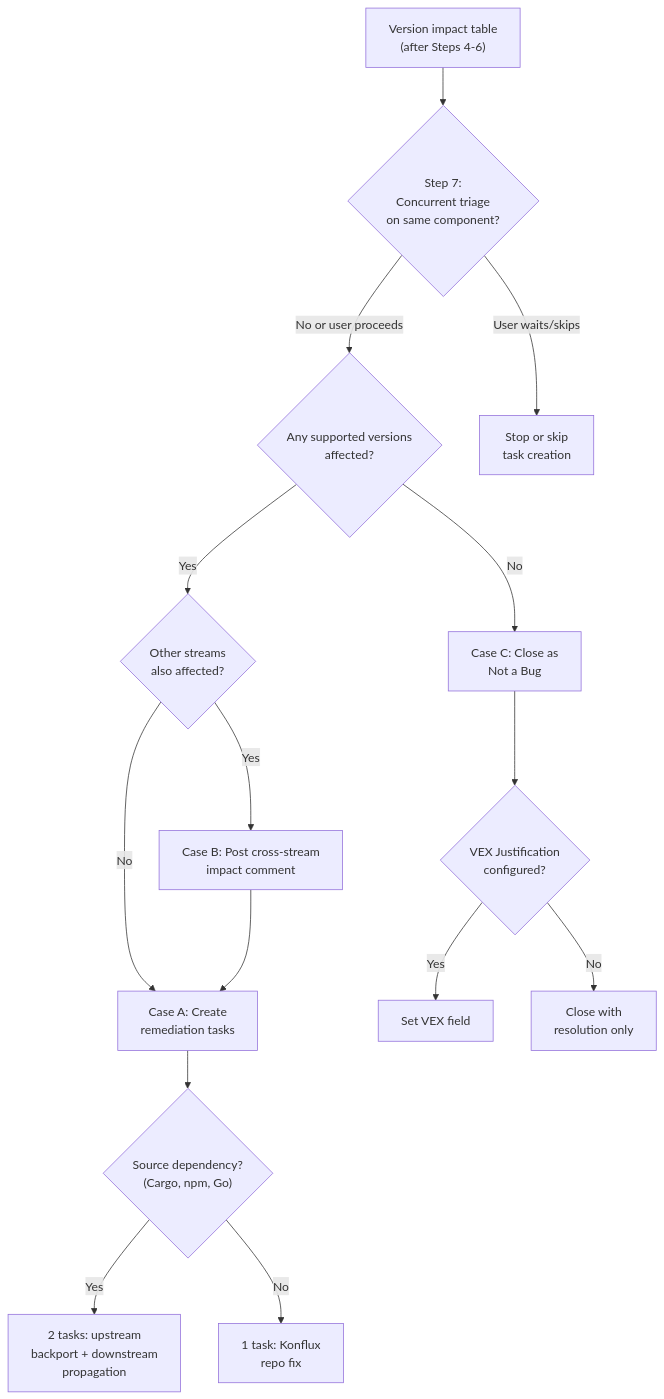
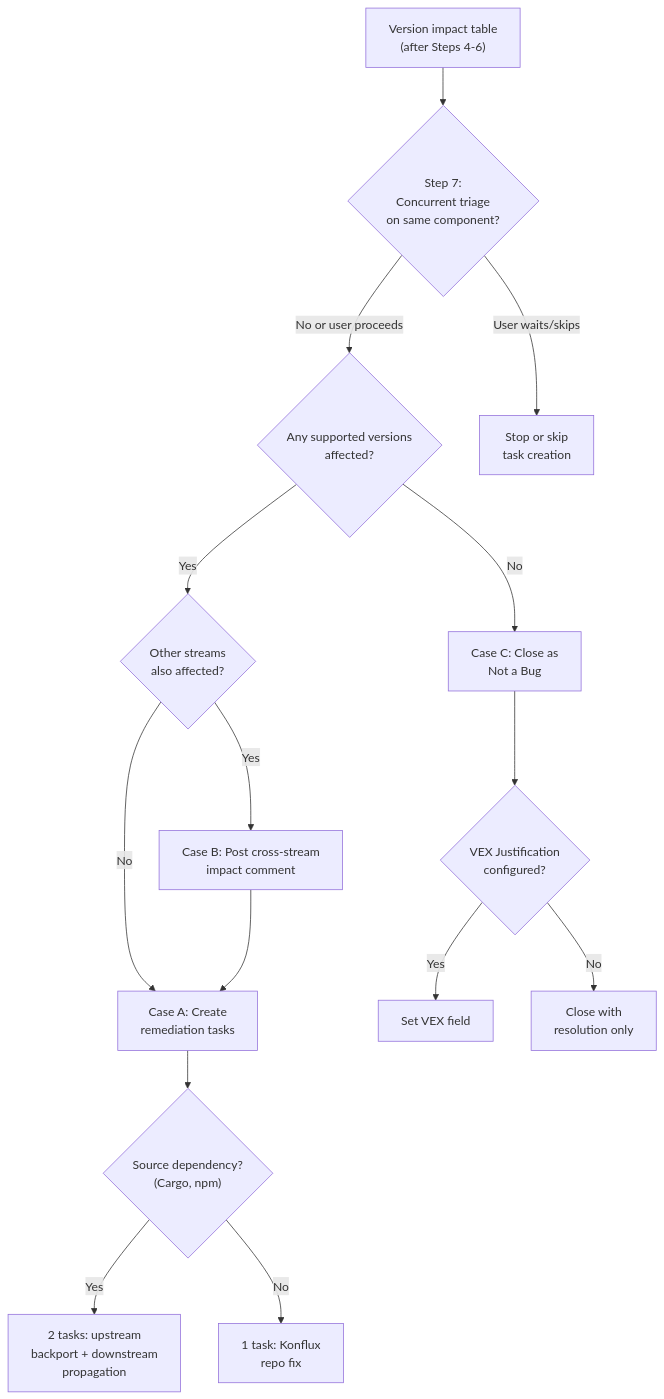
One commit to RHEcosystemAppEng/sdlc-plugins changed the third of 3 diagrams in plugins/sdlc-workflow/skills/triage-security/SKILL.md. Above: the diagram before and after it, drawn with Mermaid. The commit also changed other lines of this file and 2 other files, not shown here.

````diff
--- a/plugins/sdlc-workflow/skills/triage-security/SKILL.md
+++ b/plugins/sdlc-workflow/skills/triage-security/SKILL.md
@@ -550,17 +556,17 @@
 ```mermaid
 flowchart TD
     A["Version impact table\n(after Steps 4-6)"] --> Z{"Step 7:\nConcurrent triage\non same component?"}
     Z -->|No or user proceeds| B{"Any supported versions\naffected?"}
     Z -->|User waits/skips| STOP["Stop or skip\ntask creation"]
     B -->|Yes| C{"Other streams\nalso affected?"}
     B -->|No| D["Case C: Close as\nNot a Bug"]
     C -->|Yes| E["Case B: Post cross-stream\nimpact comment"]
     C -->|No| F["Case A: Create\nremediation tasks"]
     E --> F
-    F --> G{"Source dependency?\n(Cargo, npm, Go)"}
+    F --> G{"Source dependency?\n(Cargo, npm)"}
     G -->|Yes| H["2 tasks: upstream\nbackport + downstream\npropagation"]
     G -->|No| I["1 task: Konflux\nrepo fix"]
     D --> J{"VEX Justification\nconfigured?"}
     J -->|Yes| K["Set VEX field"]
     J -->|No| L["Close with\nresolution only"]
 ```
````
